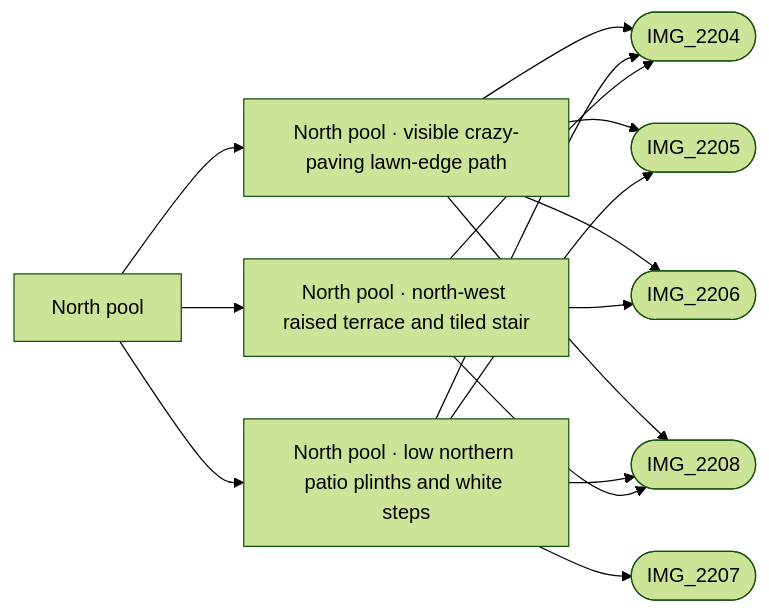
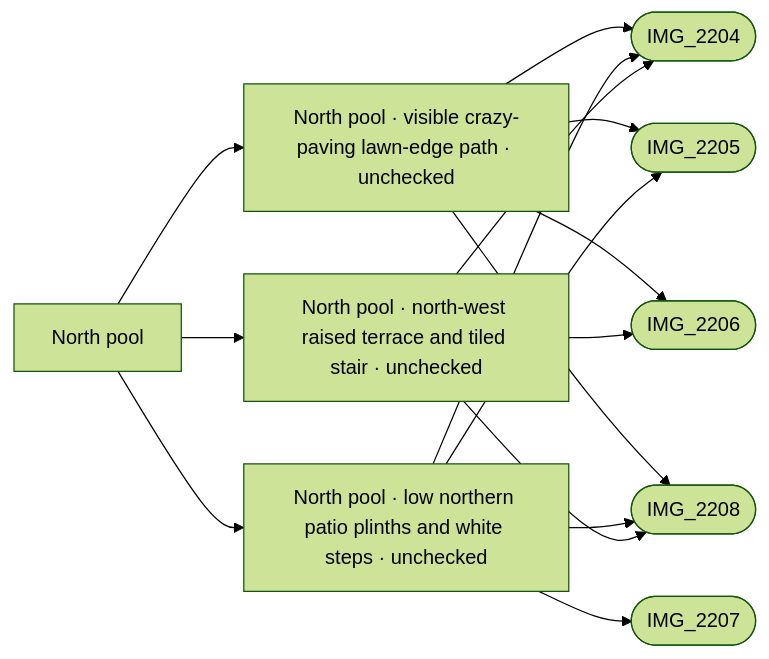
One commit to daveyboyc/villacana-venture changed the diagram in refs/areas/north-pool.md. Above: the diagram before and after it, drawn with Mermaid (forest theme). The commit also changed other lines of this file and 47 other files, not shown here.

````diff
--- a/refs/areas/north-pool.md
+++ b/refs/areas/north-pool.md
@@ -39,18 +39,18 @@
 ```mermaid
 graph LR
   A["North pool"]
-  A --> F0["North pool · visible crazy-paving lawn-edge path"]
+  A --> F0["North pool · visible crazy-paving lawn-edge path · unchecked"]
   F0 --> PIMG_2204_jpg(["IMG_2204"])
   F0 --> PIMG_2205_jpg(["IMG_2205"])
   F0 --> PIMG_2206_jpg(["IMG_2206"])
   F0 --> PIMG_2208_jpg(["IMG_2208"])
-  A --> F1["North pool · low northern patio plinths and white steps"]
+  A --> F1["North pool · low northern patio plinths and white steps · unchecked"]
   F1 --> PIMG_2204_jpg(["IMG_2204"])
   F1 --> PIMG_2205_jpg(["IMG_2205"])
   F1 --> PIMG_2207_jpg(["IMG_2207"])
   F1 --> PIMG_2208_jpg(["IMG_2208"])
-  A --> F2["North pool · north-west raised terrace and tiled stair"]
+  A --> F2["North pool · north-west raised terrace and tiled stair · unchecked"]
   F2 --> PIMG_2204_jpg(["IMG_2204"])
   F2 --> PIMG_2206_jpg(["IMG_2206"])
   F2 --> PIMG_2208_jpg(["IMG_2208"])
 ```
````
